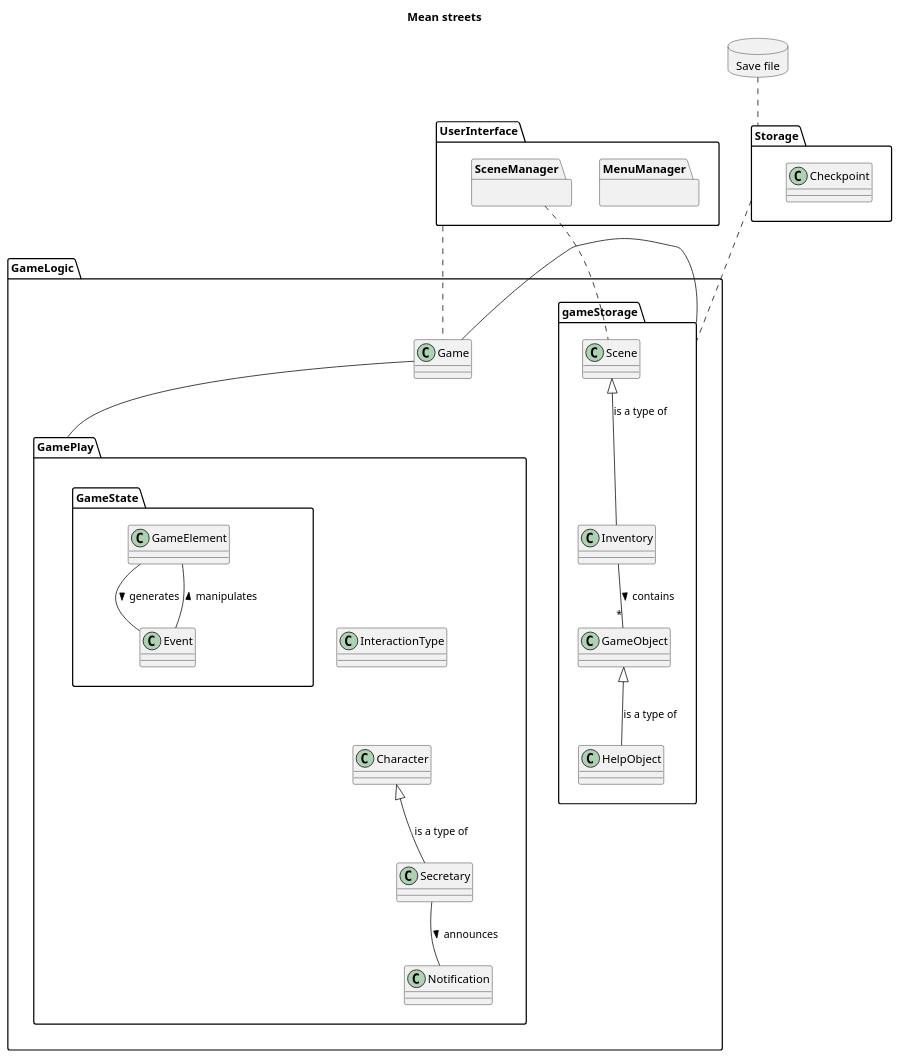
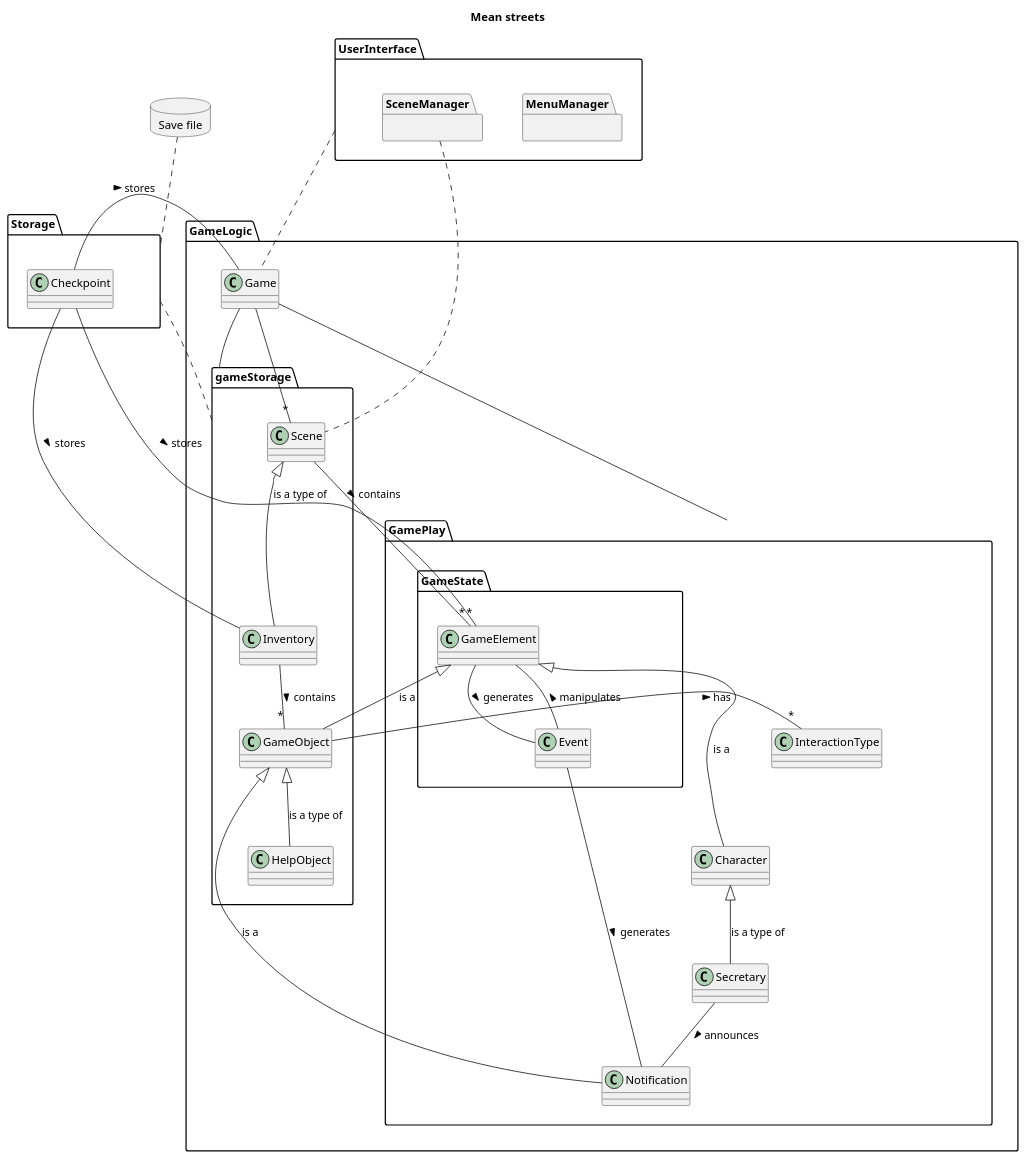
The diagram in architectDiagram.pu (NoahHakansson/SE-PA1460), drawn with PlantUML before and after one commit.

Commit message:
Added back all the associations for the class diagram and reformated some spacing etc.. for the looks.

```diff
--- a/architectDiagram.pu
+++ b/architectDiagram.pu
@@ -1,62 +1,73 @@
 @startuml
+
+skinparam nodesep 50
+skinparam ranksep 0
+
 title Mean streets
 top to bottom direction
 database "Save file" {
 }
 package UserInterface {
     package MenuManager {}
     package SceneManager {}
 }
 
 package GameLogic {
     class Game
     package gameStorage {
         class Inventory
         class GameObject
         class HelpObject
         class Scene
     }
 
 
     package GamePlay {
         class InteractionType
         class Secretary
         class Character
         class Notification
         package GameState {
             class GameElement
             class Event
         }
     }
 }
 
 package Storage {
     class Checkpoint
 }
 
 "Save file".. Storage
 UserInterface .. Game
 SceneManager .. Scene
+Storage .. gameStorage
 
-Storage .. gameStorage
 
 InteractionType -[hidden]up- GameState
 Character -[hidden]up- GameState
 Secretary -[hidden]up- GameState
 Notification -[hidden]up- GameState
 InteractionType -[hidden]down- Character
 
 Game - gameStorage
 Game -- GamePlay
 
+Game -- "*" Scene
+Checkpoint -- "*" GameElement : stores >
+Checkpoint -- Inventory : stores >
+Checkpoint - Game : stores >
 Character <|-- Secretary : is a type of
+GameElement <|-- GameObject : is a
+GameElement <|-- Character : is a
+Scene - "*" GameElement : contains >
 Scene <|-- Inventory : is a type of
 Inventory -- "*" GameObject : contains >
-
+GameElement -- Event : generates >
+Event -- Notification : generates >
+Event -- GameElement : manipulates >
 Secretary -- Notification : announces >
 GameObject <|-- HelpObject : is a type of
-
-GameElement -- Event : generates >
-Event -- GameElement : manipulates >
-
+GameObject <|-- Notification : is a
+GameObject -- "*" InteractionType : has >
 @enduml
```
